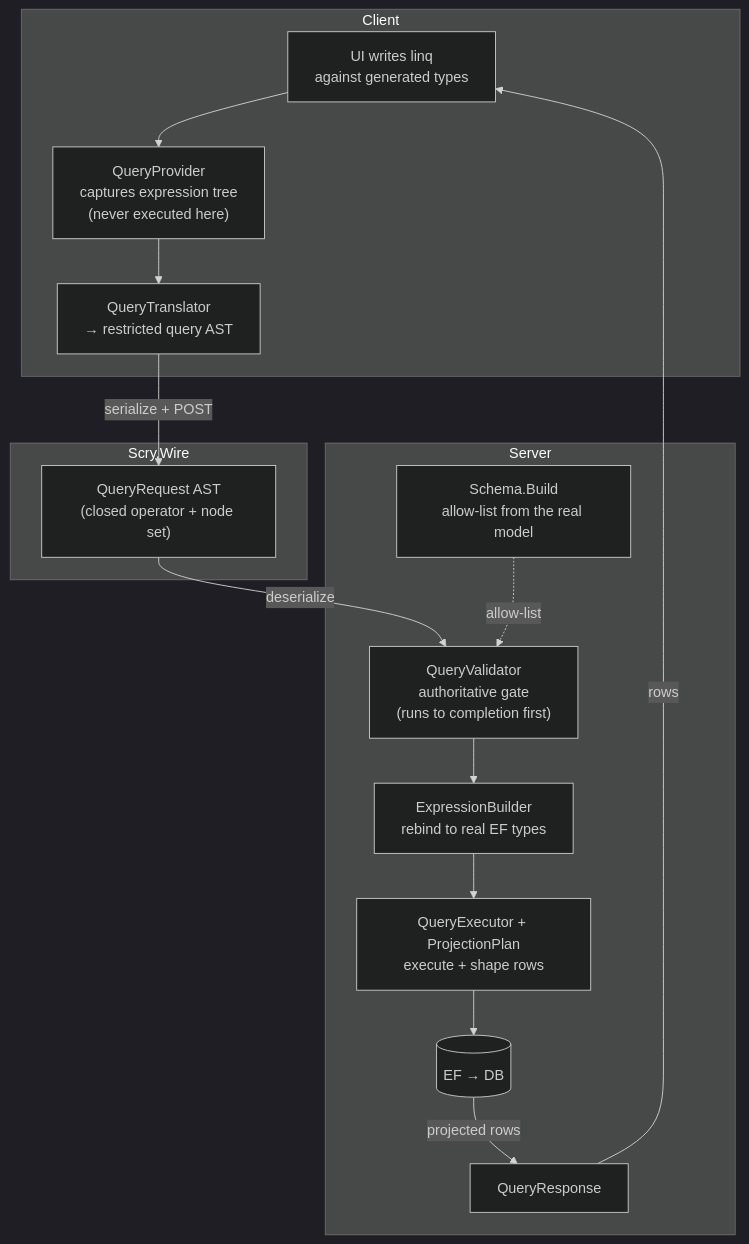
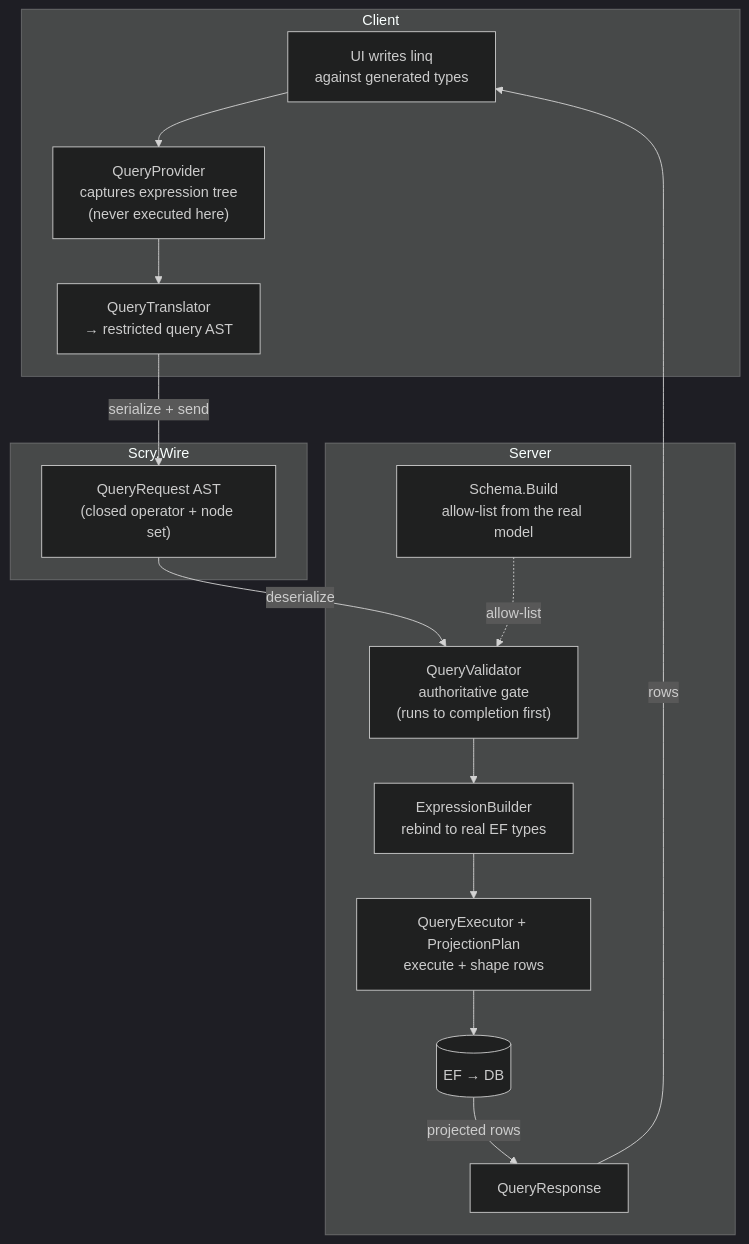
Before and after one commit to Papyrine/Scry: the second of 2 diagrams in readme.md, drawn with Mermaid (dark theme). The commit also changed other lines of this file and 79 other files, not shown here.

````diff
--- a/readme.md
+++ b/readme.md
@@ -56,29 +56,29 @@
 ```mermaid
 flowchart TB
     subgraph client["Client"]
         LINQ["UI writes linq<br/>against generated types"]
         CAPTURE["QueryProvider<br/>captures expression tree<br/>(never executed here)"]
         TRANS["QueryTranslator<br/>→ restricted query AST"]
         LINQ --> CAPTURE --> TRANS
     end
 
     subgraph wire["Scry.Wire"]
         REQ["QueryRequest AST<br/>(closed operator + node set)"]
     end
 
     subgraph server["Server"]
         SCHEMA["Schema.Build<br/>allow-list from the real model"]
         VALID["QueryValidator<br/>authoritative gate<br/>(runs to completion first)"]
         BUILD["ExpressionBuilder<br/>rebind to real EF types"]
         EXEC["QueryExecutor + ProjectionPlan<br/>execute + shape rows"]
         DB[("EF → DB")]
         RESP["QueryResponse"]
         SCHEMA -. "allow-list" .-> VALID
         VALID --> BUILD --> EXEC --> DB
         DB -- "projected rows" --> RESP
     end
 
-    TRANS -- "serialize + POST" --> REQ
+    TRANS -- "serialize + send" --> REQ
     REQ -- "deserialize" --> VALID
     RESP -- "rows" --> LINQ
 ```
````
